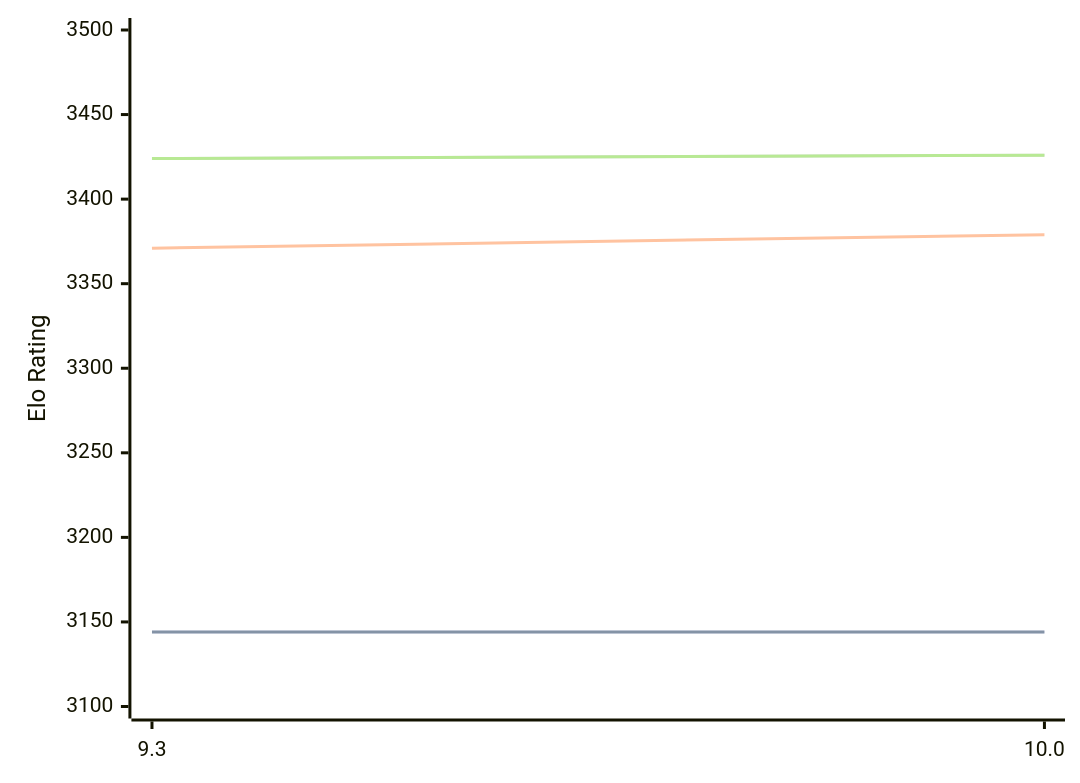
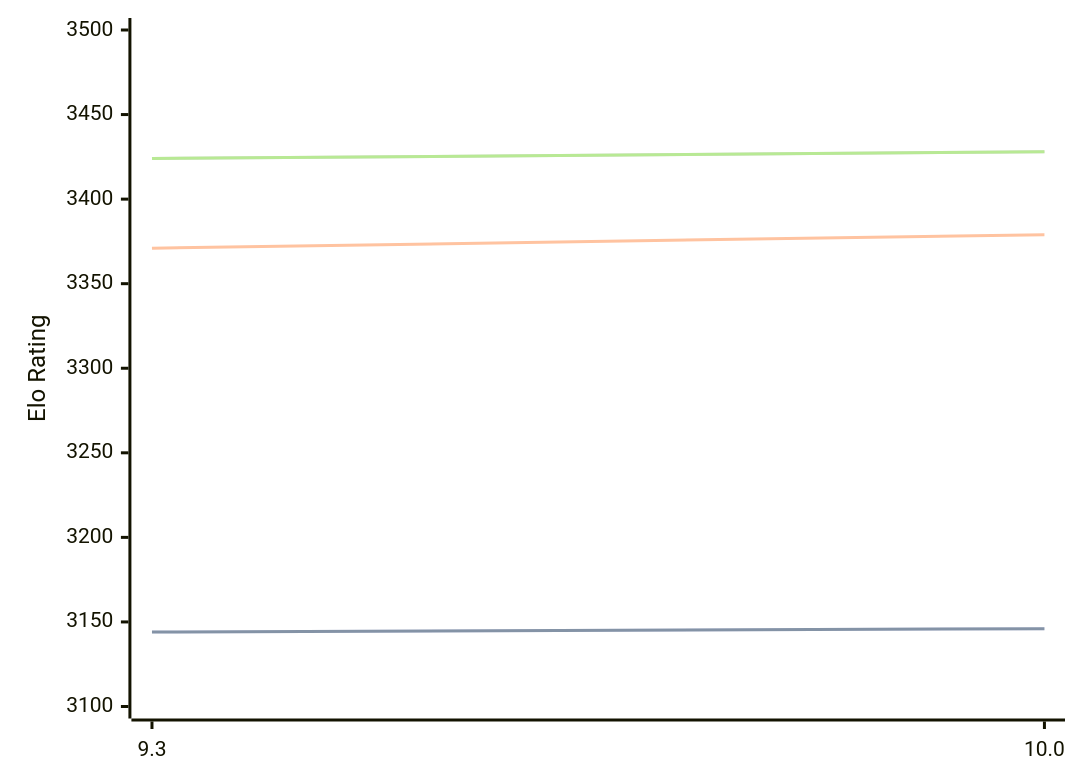
One commit to computer-chess-index/cci changed the diagram in engines/Fire.md. Above: the diagram before and after it, drawn with Mermaid. The commit also changed other lines of this file, not shown here.

Commit message:
Update CCI Ratings (ELO VLTC) - 2026-08-23

````diff
--- a/engines/Fire.md
+++ b/engines/Fire.md
@@ -32,11 +32,11 @@
 ```mermaid
 %%{init: {"theme":"base","themeVariables":{"seriesColors:['#a3a3a3','#222221','#faa371']}}}%%
 xychart-beta
   x-axis ["9.3", "10.0"]
   y-axis "Elo Rating" 3100 --> 3500
-  line "STC (8.0+0.08s)" [3144, 3144]
-  line "STC (8.0+0.08s)" [3144, 3144]
+  line "STC (8.0+0.08s)" [3144, 3146]
+  line "STC (8.0+0.08s)" [3144, 3146]
   line "LTC (60.0+0.60s)" [3371, 3379]
-  line "VLTC (2m24s+1.12s)" [3424, 3426]
-  line "VLTC (2m24s+1.12s)" [3424, 3426]
+  line "VLTC (2m24s+1.12s)" [3424, 3428]
+  line "VLTC (2m24s+1.12s)" [3424, 3428]
 ```
````
